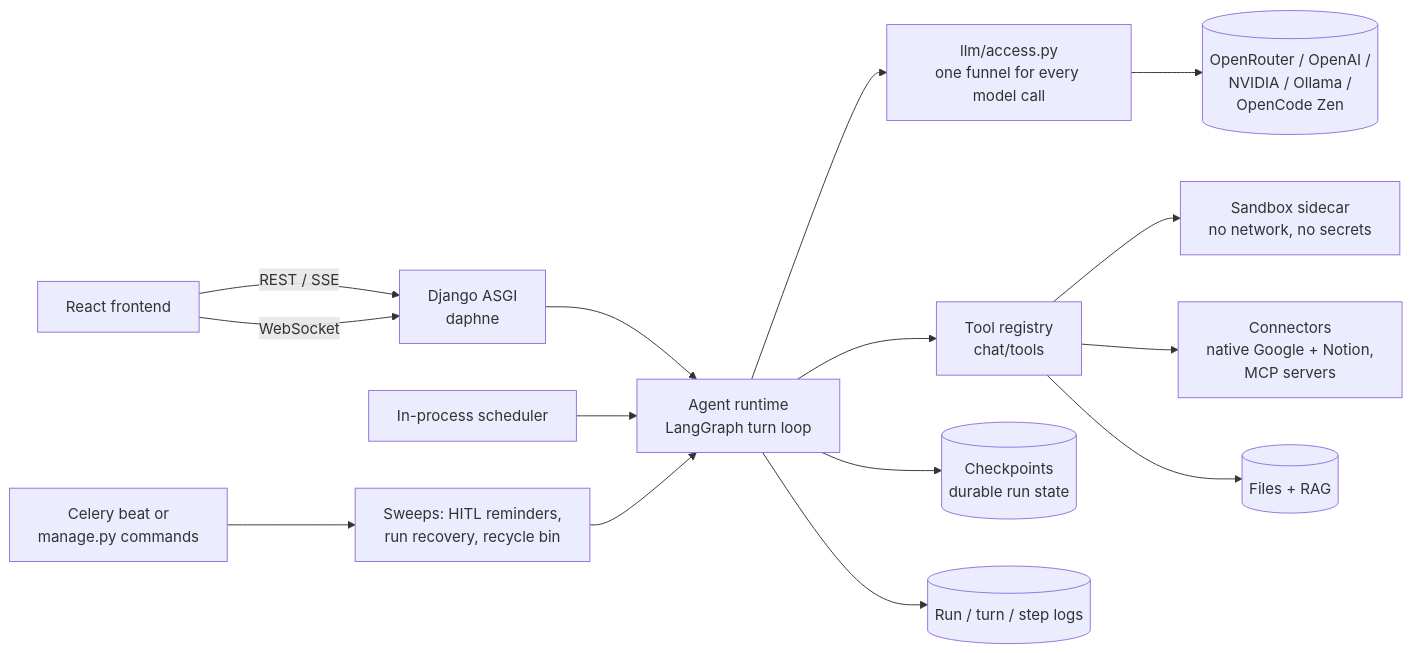
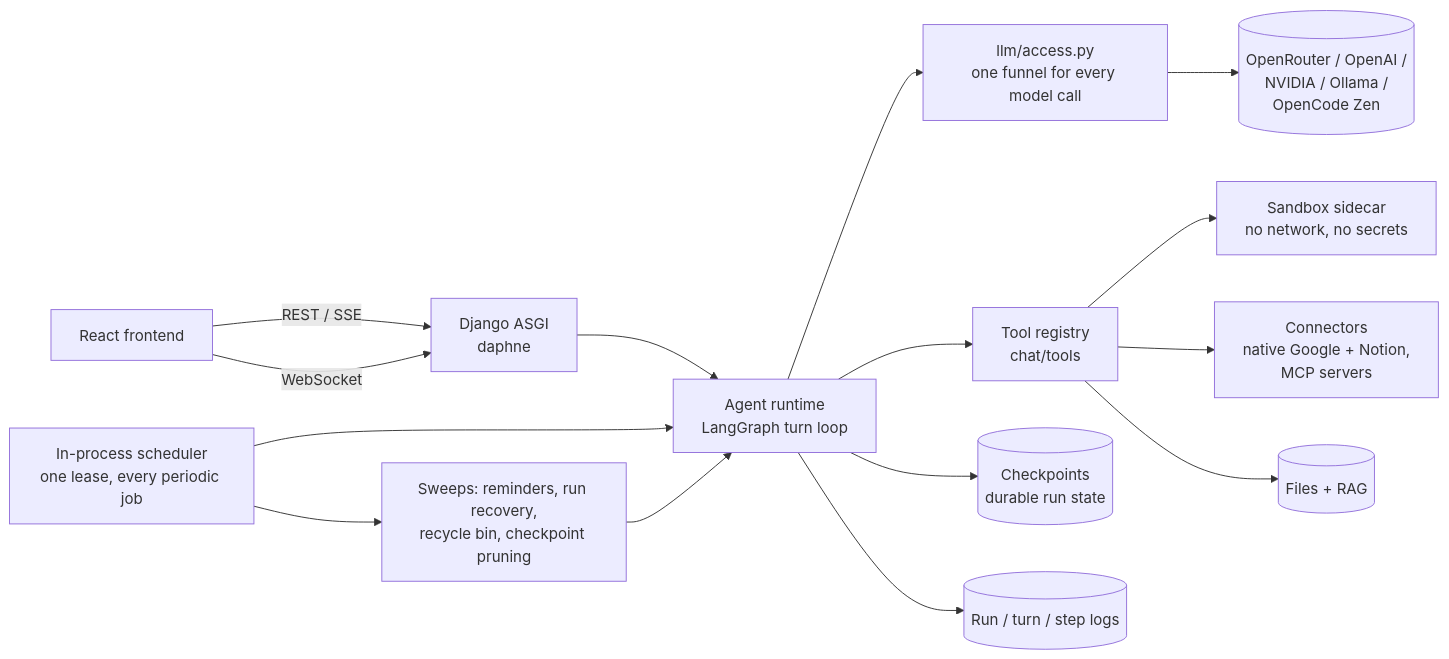
One commit to KaushalJainAI/AIAAS_Backend changed the diagram in README.md. Above: the diagram before and after it, drawn with Mermaid. The commit also changed other lines of this file and 10 other files, not shown here.

````diff
--- a/README.md
+++ b/README.md
@@ -39,17 +39,17 @@
 ```mermaid
 flowchart LR
     UI[React frontend] -- REST / SSE --> API[Django ASGI<br/>daphne]
     UI -- WebSocket --> API
     API --> RT[Agent runtime<br/>LangGraph turn loop]
     RT --> LLM[llm/access.py<br/>one funnel for every model call]
     LLM --> P[(OpenRouter / OpenAI /<br/>NVIDIA / Ollama /<br/>OpenCode Zen)]
     RT --> T[Tool registry<br/>chat/tools]
     T --> SB[Sandbox sidecar<br/>no network, no secrets]
     T --> MCP[Connectors<br/>native Google + Notion,<br/>MCP servers]
     T --> KB[(Files + RAG)]
     RT --> CK[(Checkpoints<br/>durable run state)]
     RT --> LOG[(Run / turn / step logs)]
-    SCH[In-process scheduler] --> RT
-    BEAT[Celery beat or<br/>manage.py commands] --> SW[Sweeps: HITL reminders,<br/>run recovery, recycle bin]
+    SCH[In-process scheduler<br/>one lease, every periodic job] --> RT
+    SCH --> SW[Sweeps: reminders, run recovery,<br/>recycle bin, checkpoint pruning]
     SW --> RT
 ```
````
